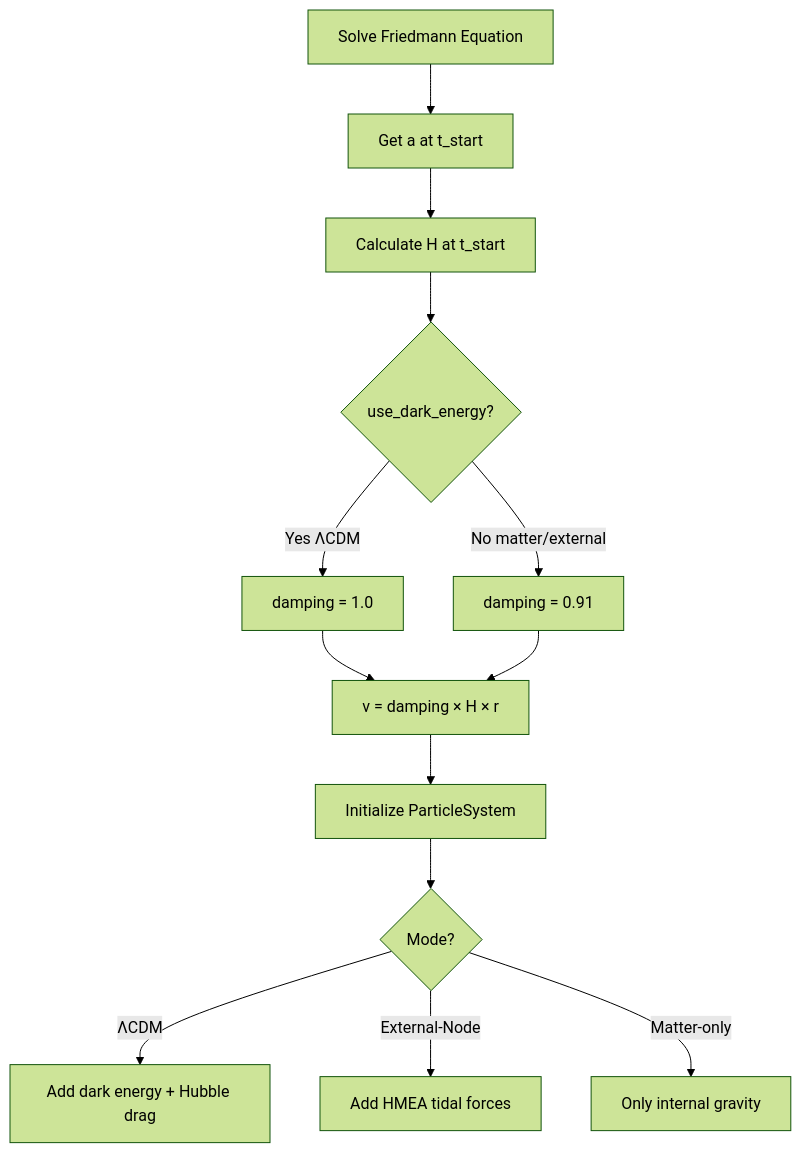
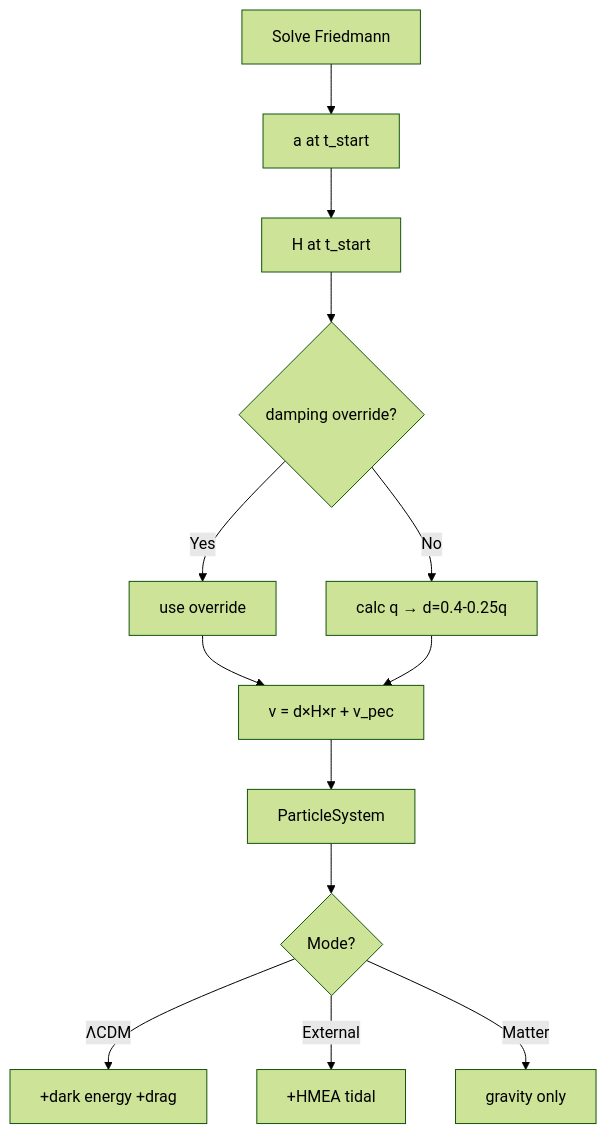
One commit to MartinGamsby/ProgenitorNodeModelCosmology changed the diagram in lode/physics/initial-conditions.md. Above: the diagram before and after it, drawn with Mermaid (forest theme). The commit also changed other lines of this file and 7 other files, not shown here.

````diff
--- a/lode/physics/initial-conditions.md
+++ b/lode/physics/initial-conditions.md
@@ -205,15 +88,15 @@
 ```mermaid
 graph TD
-    A[Solve Friedmann Equation] --> B[Get a at t_start]
-    B --> C[Calculate H at t_start]
-    C --> D{use_dark_energy?}
-    D -->|Yes ΛCDM| E[damping = 1.0]
-    D -->|No matter/external| F[damping = 0.91]
-    E --> G[v = damping × H × r]
+    A[Solve Friedmann] --> B[a at t_start]
+    B --> C[H at t_start]
+    C --> D{damping override?}
+    D -->|Yes| E[use override]
+    D -->|No| F[calc q → d=0.4-0.25q]
+    E --> G[v = d×H×r + v_pec]
     F --> G
-    G --> H[Initialize ParticleSystem]
+    G --> H[ParticleSystem]
     H --> I{Mode?}
-    I -->|ΛCDM| J[Add dark energy + Hubble drag]
-    I -->|External-Node| K[Add HMEA tidal forces]
-    I -->|Matter-only| L[Only internal gravity]
+    I -->|ΛCDM| J[+dark energy +drag]
+    I -->|External| K[+HMEA tidal]
+    I -->|Matter| L[gravity only]
 ```
````
